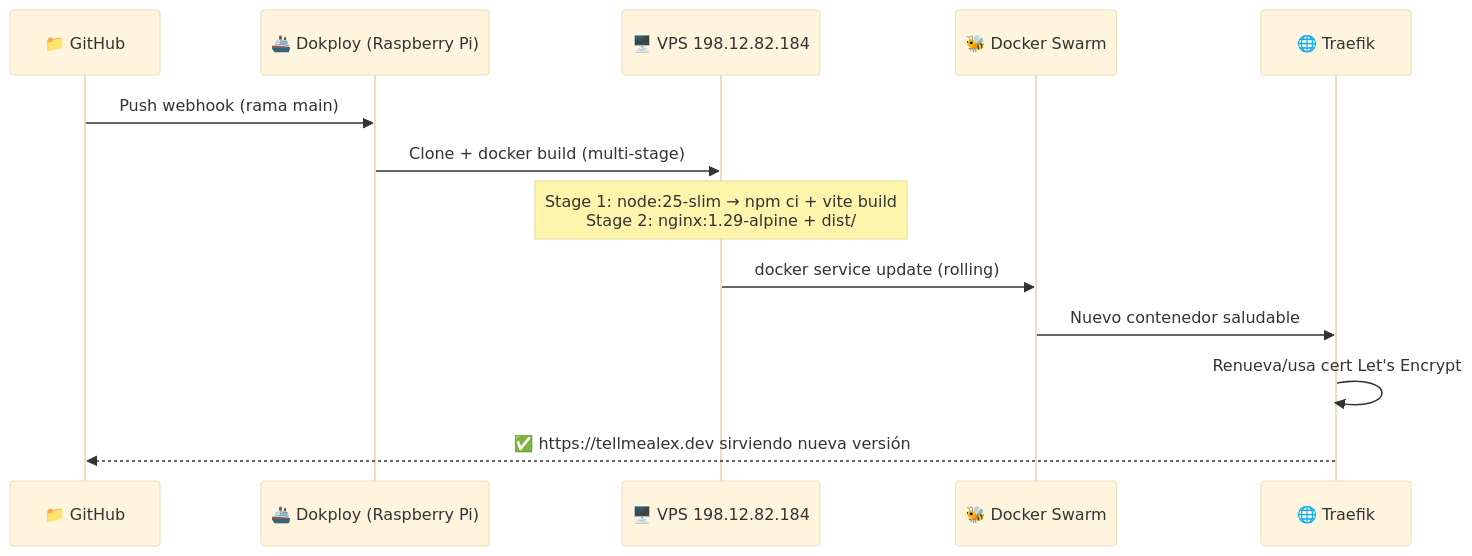
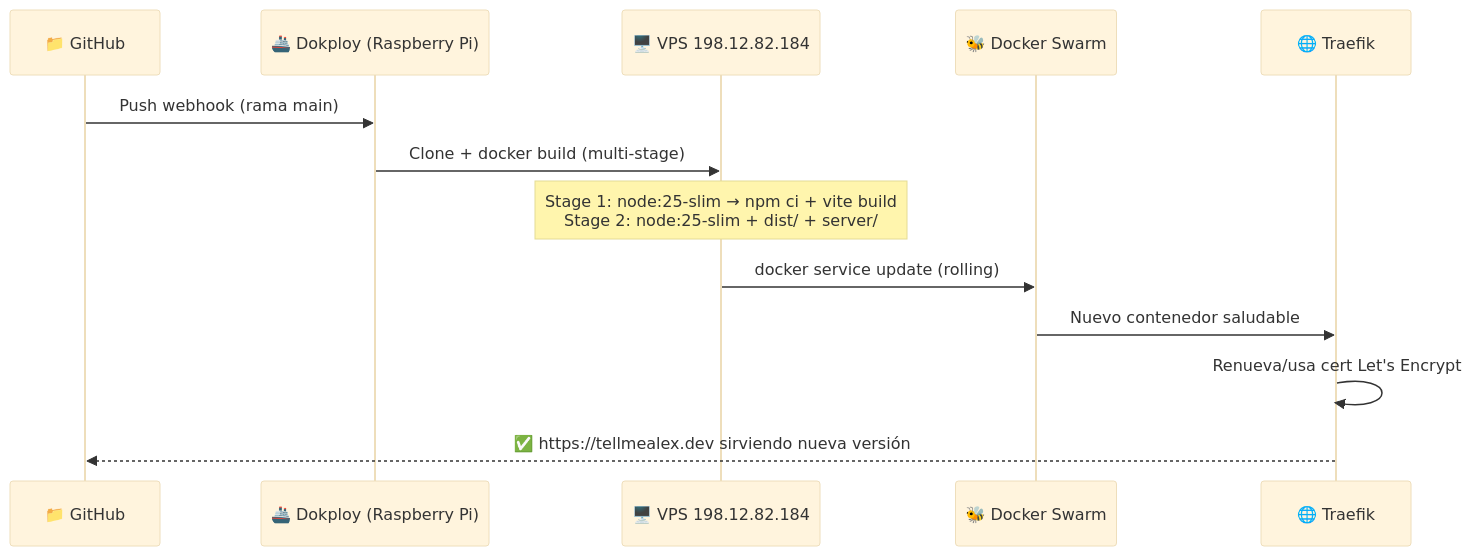
One commit to TellMeAlex/portfolio changed the fifth of 9 diagrams in docs/CI-CD.md. Above: the diagram before and after it, drawn with Mermaid (base theme). The commit also changed other lines of this file and 129 other files, not shown here.

````diff
--- a/docs/CI-CD.md
+++ b/docs/CI-CD.md
@@ -118,16 +118,16 @@
 ```mermaid
 sequenceDiagram
     participant Git as 📁 GitHub
     participant DOK as 🚢 Dokploy (Raspberry Pi)
     participant VPS as 🖥️ VPS 198.12.82.184
     participant SWARM as 🐝 Docker Swarm
     participant TRAEFIK as 🌐 Traefik
 
     Git->>DOK: Push webhook (rama main)
     DOK->>VPS: Clone + docker build (multi-stage)
-    Note over VPS: Stage 1: node:25-slim → npm ci + vite build<br/>Stage 2: nginx:1.29-alpine + dist/
+    Note over VPS: Stage 1: node:25-slim → npm ci + vite build<br/>Stage 2: node:25-slim + dist/ + server/
     VPS->>SWARM: docker service update (rolling)
     SWARM->>TRAEFIK: Nuevo contenedor saludable
     TRAEFIK->>TRAEFIK: Renueva/usa cert Let's Encrypt
     TRAEFIK-->>Git: ✅ https://tellmealex.dev sirviendo nueva versión
 ```
````
